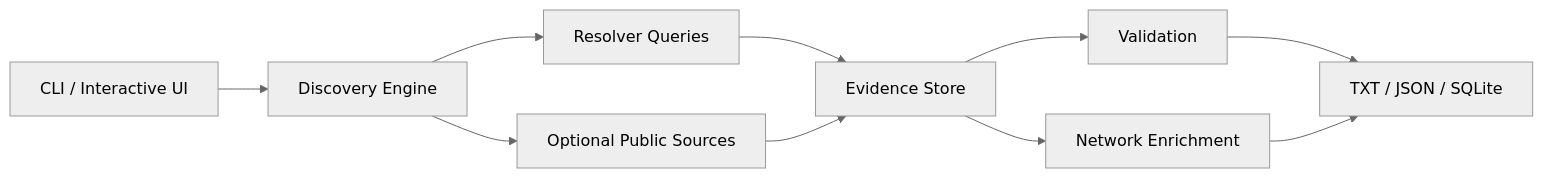
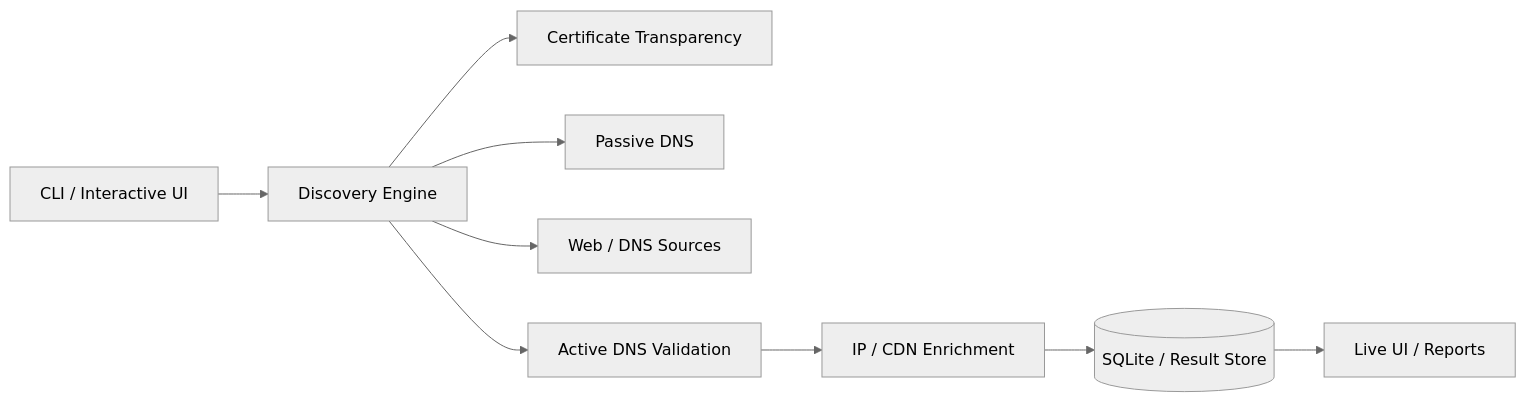
One commit to Danial-Zolfaghari/Round-Robin changed the first of 2 diagrams in README.md. Above: the diagram before and after it, drawn with Mermaid (neutral theme). The commit also changed other lines of this file and 29 other files, not shown here.

````diff
--- a/README.md
+++ b/README.md
@@ -28,12 +34,11 @@
 ```mermaid
 flowchart LR
-    CLI[CLI / Interactive UI] --> Engine[Discovery Engine]
-    Engine --> DNS[Resolver Queries]
-    Engine --> Sources[Optional Public Sources]
-    DNS --> Store[Evidence Store]
-    Sources --> Store
-    Store --> Validate[Validation]
-    Store --> Enrich[Network Enrichment]
-    Validate --> Output[TXT / JSON / SQLite]
-    Enrich --> Output
+    CLI[CLI / Interactive UI] --> ENGINE[Discovery Engine]
+    ENGINE --> CT[Certificate Transparency]
+    ENGINE --> PDNS[Passive DNS]
+    ENGINE --> WEB[Web / DNS Sources]
+    ENGINE --> VALIDATE[Active DNS Validation]
+    VALIDATE --> ENRICH[IP / CDN Enrichment]
+    ENRICH --> STORE[(SQLite / Result Store)]
+    STORE --> UI[Live UI / Reports]
 ```
````
